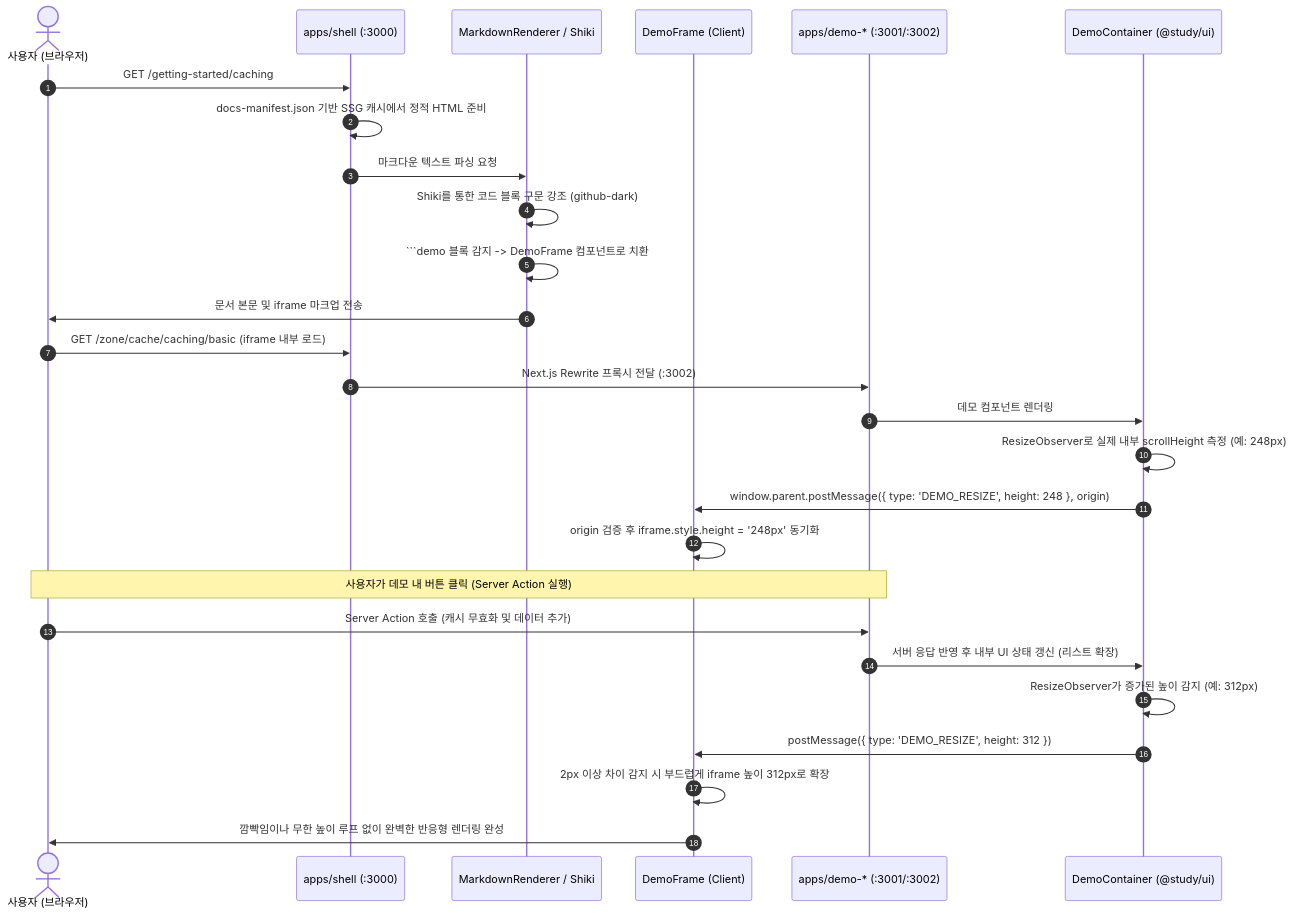
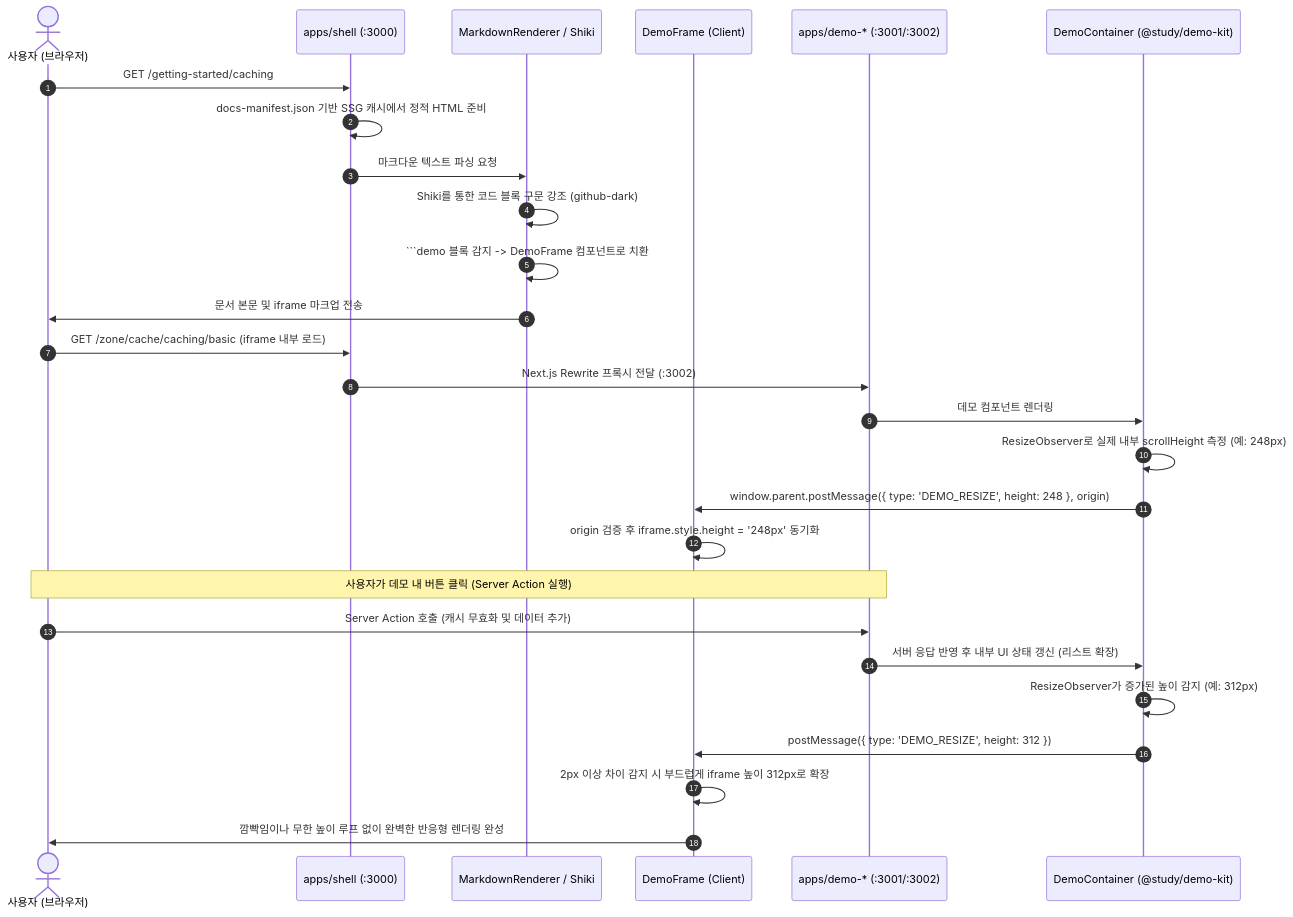
The third of 3 diagrams in nextjs-app/ARCHITECTURE.md (Junyong34/nextjs-ko-study-lab), drawn with Mermaid before and after one commit. The commit also changed other lines of this file and 26 other files, not shown here.

First line of the commit message:
[refactor/component-directory][refactor]: @study/demo-kit 신설로 패키지 경계 정정

````diff
--- a/nextjs-app/ARCHITECTURE.md
+++ b/nextjs-app/ARCHITECTURE.md
@@ -249,32 +252,32 @@
 ```mermaid
 sequenceDiagram
     autonumber
     actor User as 사용자 (브라우저)
     participant Shell as apps/shell (:3000)
     participant Renderer as MarkdownRenderer / Shiki
     participant DemoFrame as DemoFrame (Client)
     participant Zone as apps/demo-* (:3001/:3002)
-    participant Container as DemoContainer (@study/ui)
+    participant Container as DemoContainer (@study/demo-kit)
 
     User->>Shell: GET /getting-started/caching
     Shell->>Shell: docs-manifest.json 기반 SSG 캐시에서 정적 HTML 준비
     Shell->>Renderer: 마크다운 텍스트 파싱 요청
     Renderer->>Renderer: Shiki를 통한 코드 블록 구문 강조 (github-dark)
     Renderer->>Renderer: ```demo 블록 감지 -> DemoFrame 컴포넌트로 치환
     Renderer->>User: 문서 본문 및 iframe 마크업 전송
 
     User->>Shell: GET /zone/cache/caching/basic (iframe 내부 로드)
     Shell->>Zone: Next.js Rewrite 프록시 전달 (:3002)
     Zone->>Container: 데모 컴포넌트 렌더링
     Container->>Container: ResizeObserver로 실제 내부 scrollHeight 측정 (예: 248px)
     Container->>DemoFrame: window.parent.postMessage({ type: 'DEMO_RESIZE', height: 248 }, origin)
     DemoFrame->>DemoFrame: origin 검증 후 iframe.style.height = '248px' 동기화
 
     Note over User,Zone: 사용자가 데모 내 버튼 클릭 (Server Action 실행)
     User->>Zone: Server Action 호출 (캐시 무효화 및 데이터 추가)
     Zone->>Container: 서버 응답 반영 후 내부 UI 상태 갱신 (리스트 확장)
     Container->>Container: ResizeObserver가 증가된 높이 감지 (예: 312px)
     Container->>DemoFrame: postMessage({ type: 'DEMO_RESIZE', height: 312 })
     DemoFrame->>DemoFrame: 2px 이상 차이 감지 시 부드럽게 iframe 높이 312px로 확장
     DemoFrame->>User: 깜빡임이나 무한 높이 루프 없이 완벽한 반응형 렌더링 완성
 ```
````
